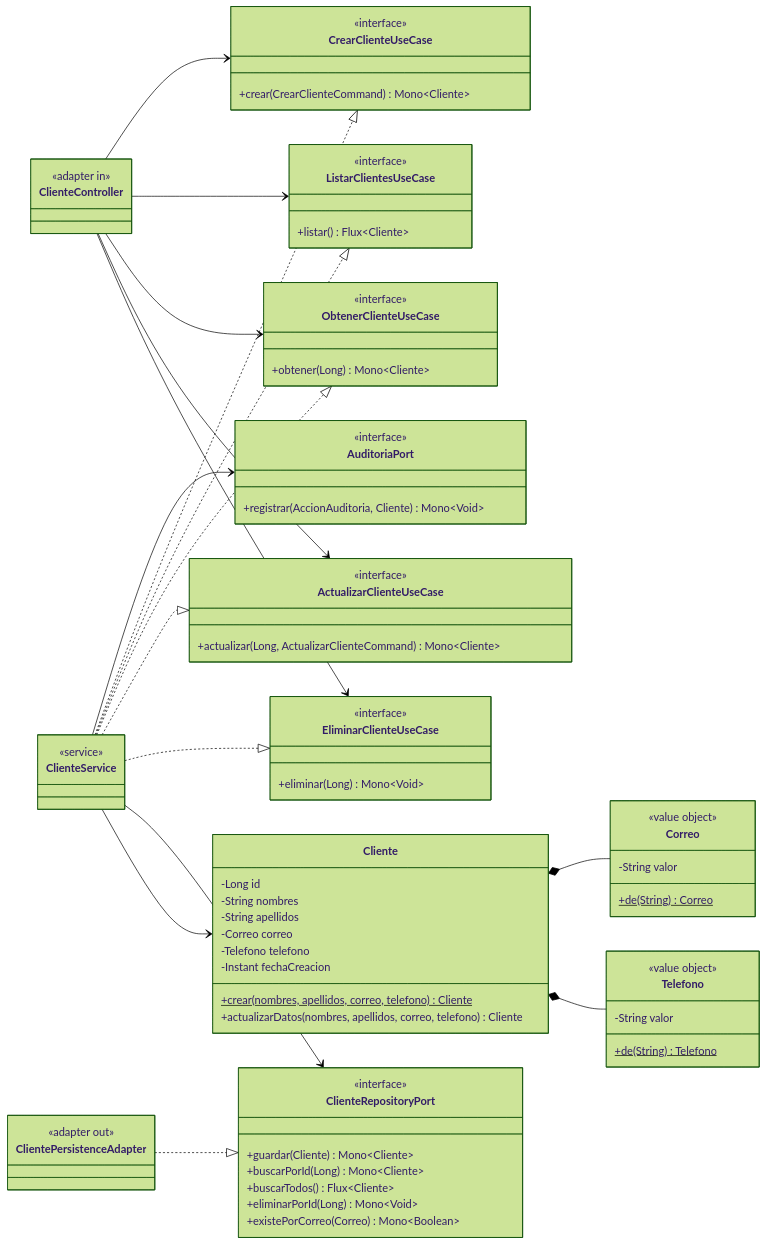
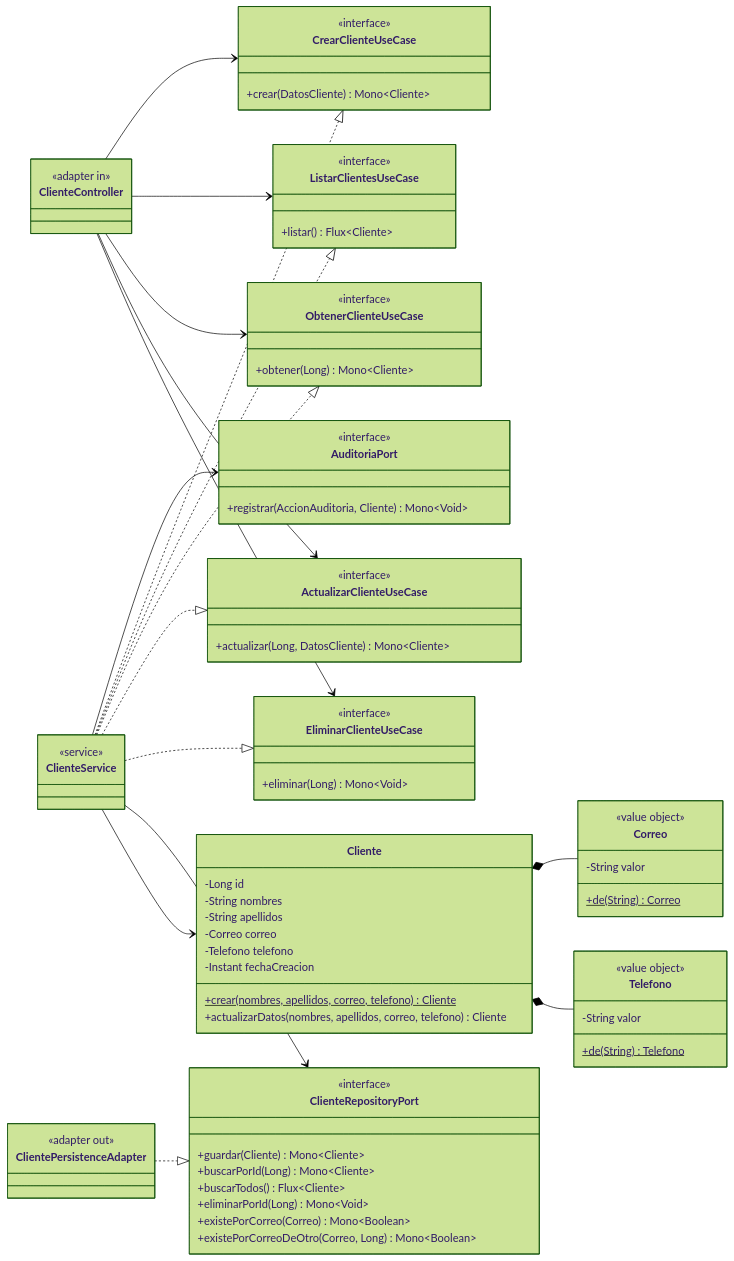
Before and after one commit to edzamo/ec-eykcorp: the fourth of 13 diagrams in README.md, drawn with Mermaid (forest theme). The commit also changed other lines of this file and 35 other files, not shown here.

```diff
--- a/README.md
+++ b/README.md
@@ -326,7 +327,7 @@
 
     class CrearClienteUseCase {
         <<interface>>
-        +crear(CrearClienteCommand) Mono~Cliente~
+        +crear(DatosCliente) Mono~Cliente~
     }
     class ListarClientesUseCase {
         <<interface>>
@@ -338,7 +339,7 @@
     }
     class ActualizarClienteUseCase {
         <<interface>>
-        +actualizar(Long, ActualizarClienteCommand) Mono~Cliente~
+        +actualizar(Long, DatosCliente) Mono~Cliente~
     }
     class EliminarClienteUseCase {
         <<interface>>
@@ -352,6 +353,7 @@
         +buscarTodos() Flux~Cliente~
         +eliminarPorId(Long) Mono~Void~
         +existePorCorreo(Correo) Mono~Boolean~
+        +existePorCorreoDeOtro(Correo, Long) Mono~Boolean~
     }
 
     class AuditoriaPort {
```
